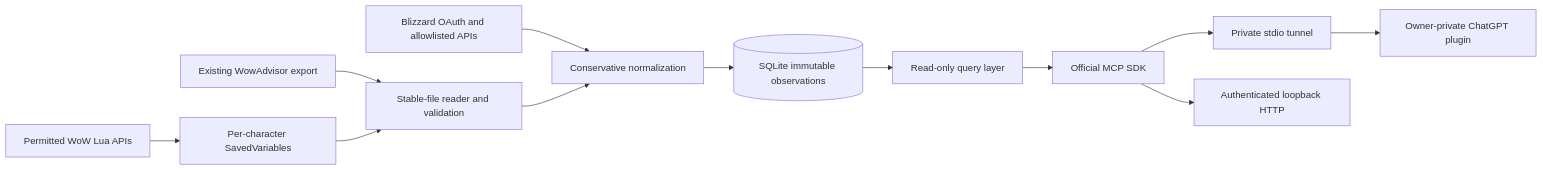
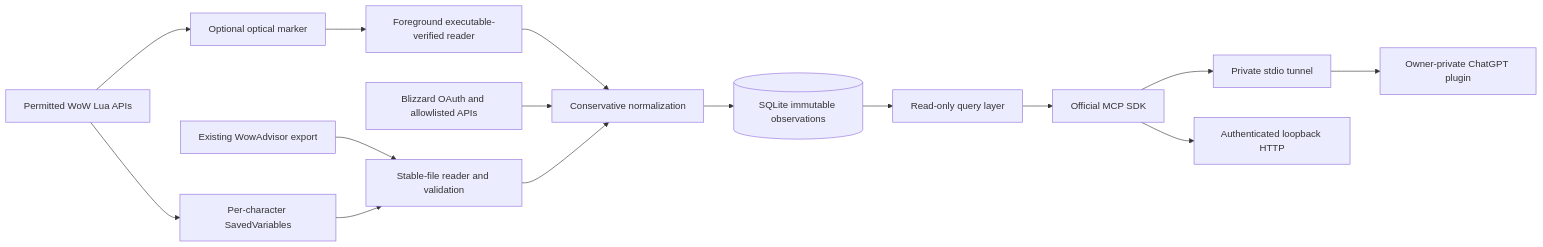
One commit to bkhouser/WoW4EMCP changed the diagram in docs/ARCHITECTURE.md. Above: the diagram before and after it, drawn with Mermaid. The commit also changed other lines of this file and 33 other files, not shown here.

````diff
--- a/docs/ARCHITECTURE.md
+++ b/docs/ARCHITECTURE.md
@@ -3,14 +3,17 @@
 ```mermaid
 flowchart LR
     A[Permitted WoW Lua APIs] --> B[Per-character SavedVariables]
     W[Existing WowAdvisor export] --> C[Stable-file reader and validation]
     B --> C
+    A --> P[Optional optical marker]
+    P --> R[Foreground executable-verified reader]
+    R --> N
     O[Blizzard OAuth and allowlisted APIs] --> N[Conservative normalization]
     C --> N
     N --> D[(SQLite immutable observations)]
     D --> Q[Read-only query layer]
     Q --> M[Official MCP SDK]
     M --> S[Private stdio tunnel]
     M --> H[Authenticated loopback HTTP]
     S --> G[Owner-private ChatGPT plugin]
 ```
````
